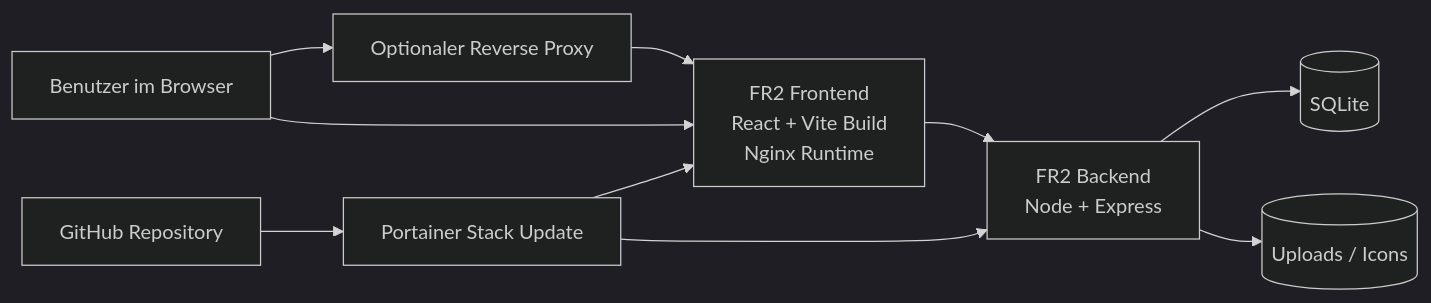
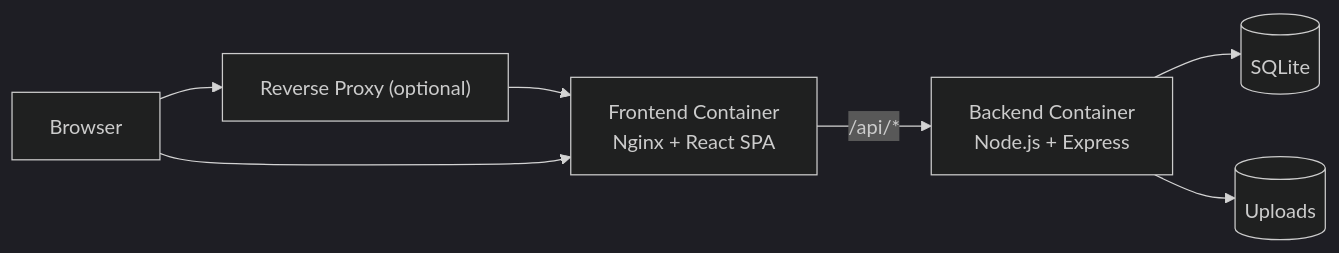
The diagram in README.md (marcodessi-equinix/FR2-AppLauncher), drawn with Mermaid (dark theme) before and after one commit. The commit also changed other lines of this file and 47 other files, not shown here.

````diff
--- a/README.md
+++ b/README.md
@@ -75,21 +107,15 @@
 ```mermaid
 flowchart LR
-      User[Benutzer im Browser]
-      Proxy[Optionaler Reverse Proxy]
-      Frontend[FR2 Frontend\nReact + Vite Build\nNginx Runtime]
-      Backend[FR2 Backend\nNode + Express]
-      DB[(SQLite)]
-      Uploads[(Uploads / Icons)]
-      GitHub[GitHub Repository]
-      Portainer[Portainer Stack Update]
+    User[Browser]
+    Proxy["Reverse Proxy (optional)"]
+    Frontend[Frontend Container\nNginx + React SPA]
+    Backend[Backend Container\nNode.js + Express]
+    DB[(SQLite)]
+    Uploads[(Uploads)]
 
-      User --> Proxy
-      Proxy --> Frontend
-      User --> Frontend
-      Frontend --> Backend
-      Backend --> DB
-      Backend --> Uploads
-      GitHub --> Portainer
-      Portainer --> Frontend
-      Portainer --> Backend
+    User --> Proxy --> Frontend
+    User --> Frontend
+    Frontend -- "/api/*" --> Backend
+    Backend --> DB
+    Backend --> Uploads
 ```
````
